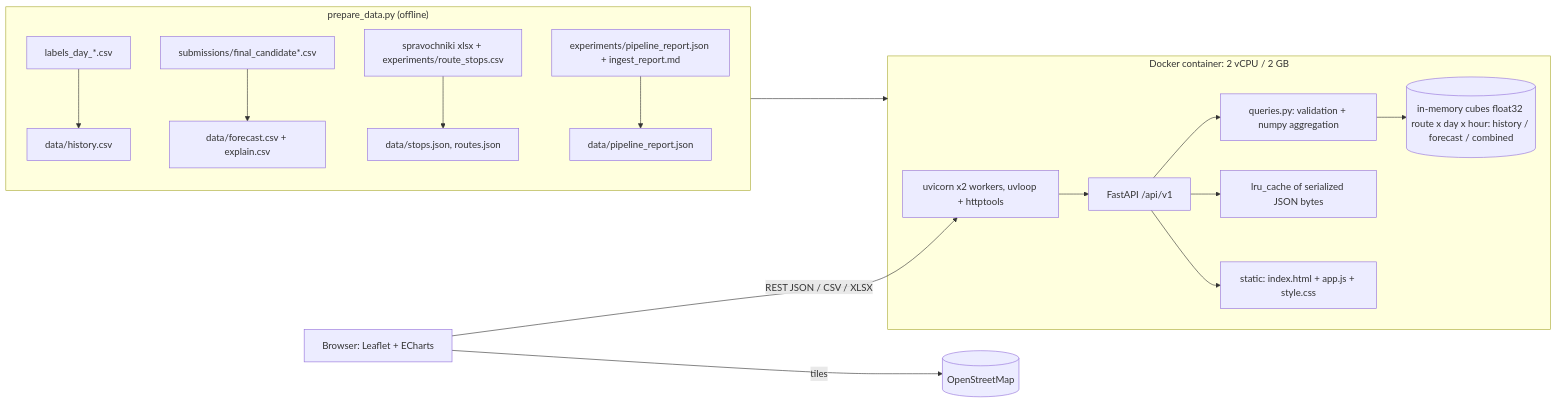
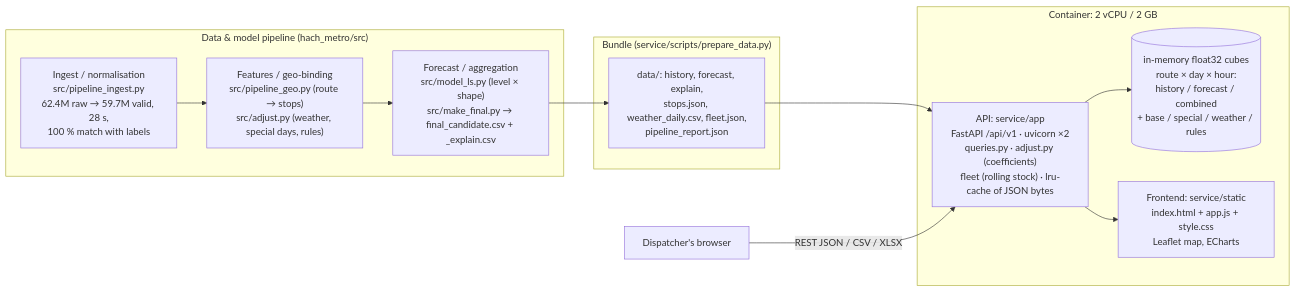
The diagram in service/README.md (mariakasimceva0305-ux/hack_metro), drawn with Mermaid before and after one commit. The commit also changed other lines of this file and 3 other files, not shown here.

Commit message:
Service: correction coefficients, fleet planning panel, year/month horizons, README architecture

````diff
--- a/service/README.md
+++ b/service/README.md
@@ -97,19 +38,21 @@
 ```mermaid
 flowchart LR
-  subgraph Build["prepare_data.py (offline)"]
-    L[labels_day_*.csv] --> H[data/history.csv]
-    F[submissions/final_candidate*.csv] --> FC[data/forecast.csv + explain.csv]
-    X[spravochniki xlsx + experiments/route_stops.csv] --> S[data/stops.json, routes.json]
-    P[experiments/pipeline_report.json + ingest_report.md] --> PR[data/pipeline_report.json]
+  subgraph P["Data & model pipeline (hach_metro/src)"]
+    I["Ingest / normalisation<br/>src/pipeline_ingest.py<br/>62.4M raw → 59.7M valid, 28 s,<br/>100 % match with labels"]
+    G["Features / geo-binding<br/>src/pipeline_geo.py (route → stops)<br/>src/adjust.py (weather, special days, rules)"]
+    F["Forecast / aggregation<br/>src/model_ls.py (level × shape)<br/>src/make_final.py → final_candidate.csv + _explain.csv"]
+    I --> G --> F
   end
-  subgraph C["Docker container: 2 vCPU / 2 GB"]
-    U[uvicorn x2 workers, uvloop + httptools] --> A[FastAPI /api/v1]
-    A --> Q[queries.py: validation + numpy aggregation]
-    Q --> M[(in-memory cubes float32 route x day x hour: history / forecast / combined)]
-    A --> CA[lru_cache of serialized JSON bytes]
-    A --> ST[static: index.html + app.js + style.css]
+  subgraph B["Bundle (service/scripts/prepare_data.py)"]
+    D["data/: history, forecast, explain,<br/>stops.json, weather_daily.csv, fleet.json,<br/>pipeline_report.json"]
   end
-  Build --> C
-  B[Browser: Leaflet + ECharts] -->|REST JSON / CSV / XLSX| U
-  B -->|tiles| OSM[(OpenStreetMap)]
+  subgraph C["Container: 2 vCPU / 2 GB"]
+    A["API: service/app<br/>FastAPI /api/v1 · uvicorn ×2<br/>queries.py · adjust.py (coefficients)<br/>fleet (rolling stock) · lru-cache of JSON bytes"]
+    M[("in-memory float32 cubes<br/>route × day × hour:<br/>history / forecast / combined<br/>+ base / special / weather / rules")]
+    W["Frontend: service/static<br/>index.html + app.js + style.css<br/>Leaflet map, ECharts"]
+    A --> M
+    A --> W
+  end
+  F --> D --> A
+  U["Dispatcher's browser"] -->|REST JSON / CSV / XLSX| A
 ```
````
